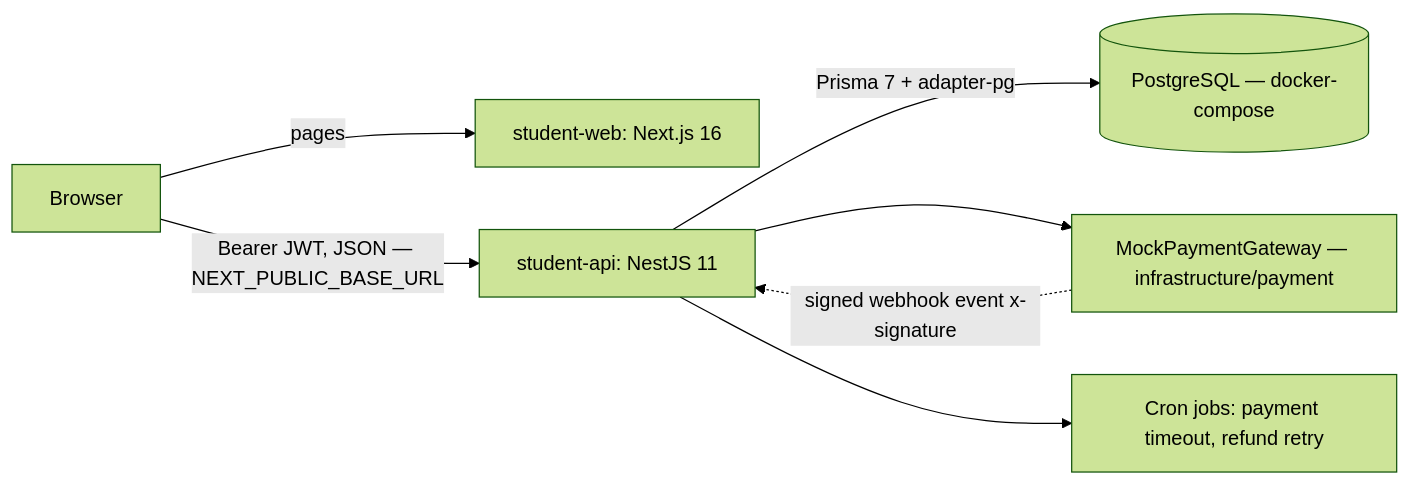
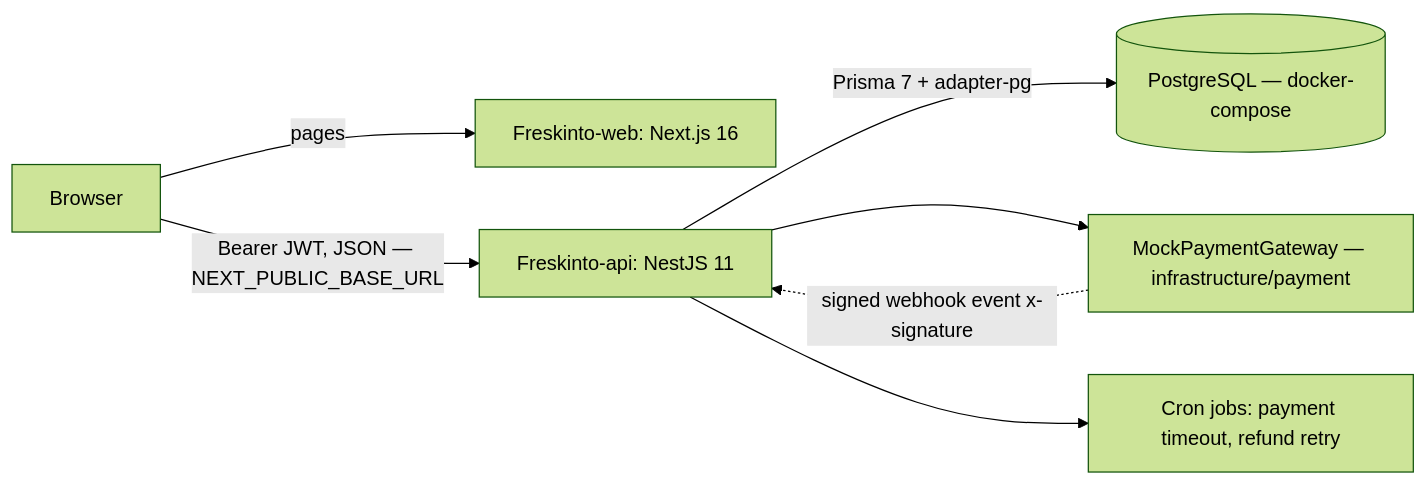
One commit to RAZA5500/SMIT-FINAL-PROJECT changed the first of 6 diagrams in notes/architecture.md. Above: the diagram before and after it, drawn with Mermaid (forest theme). The commit also changed other lines of this file and 14 other files, not shown here.

Commit message:
feat: rename project references from student to Freskinto and update documentation

````diff
--- a/notes/architecture.md
+++ b/notes/architecture.md
@@ -7,9 +7,9 @@
 ```mermaid
 flowchart LR
-  B[Browser] -->|pages| SW[student-web: Next.js 16]
-  B -->|Bearer JWT, JSON — NEXT_PUBLIC_BASE_URL| SA[student-api: NestJS 11]
+  B[Browser] -->|pages| SW[Freskinto-web: Next.js 16]
+  B -->|Bearer JWT, JSON — NEXT_PUBLIC_BASE_URL| SA[Freskinto-api: NestJS 11]
   SA -->|Prisma 7 + adapter-pg| PG[(PostgreSQL — docker-compose)]
   SA --> MG[MockPaymentGateway — infrastructure/payment]
   MG -.signed webhook event x-signature.-> SA
   SA --> CR[Cron jobs: payment timeout, refund retry]
 ```
````
